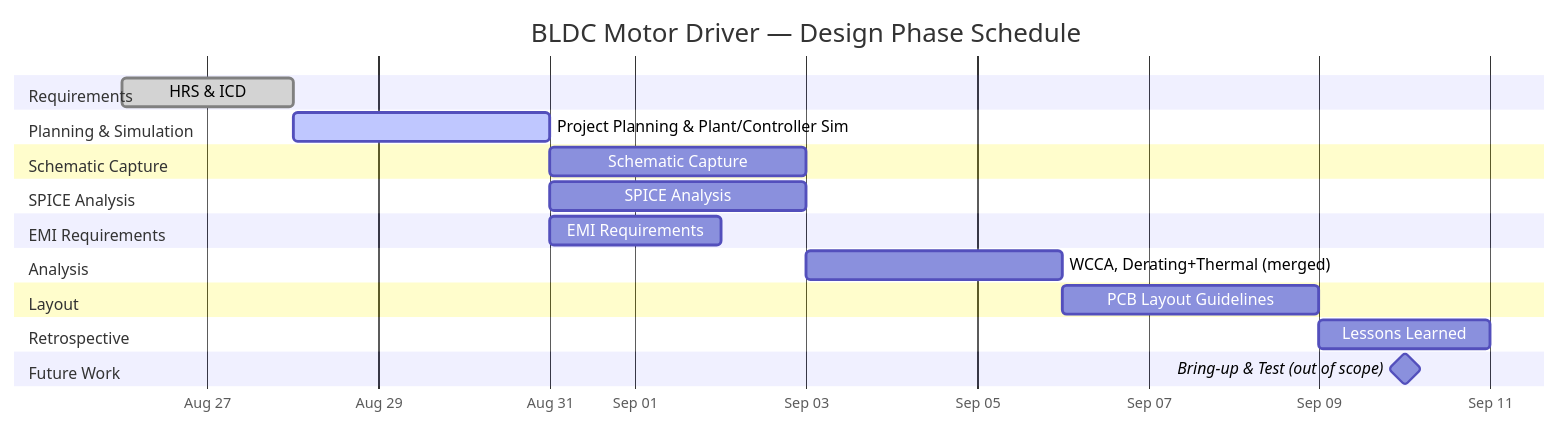
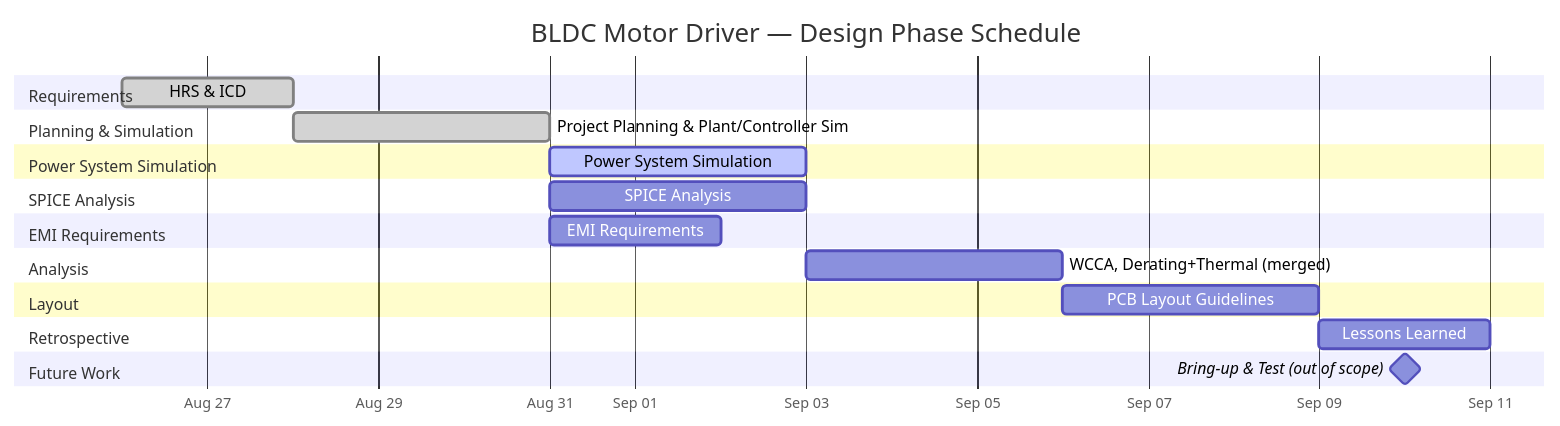
Before and after one commit to ckremer99/bldc-motor-driver: the diagram in README.md, drawn with Mermaid. The commit also changed other lines of this file and 15 other files, not shown here.

````diff
--- a/README.md
+++ b/README.md
@@ -59,34 +59,34 @@
 ```mermaid
 gantt
     title BLDC Motor Driver — Design Phase Schedule
     dateFormat  YYYY-MM-DD
     axisFormat  %b %d
     todayMarker off
 
     section Requirements
     HRS & ICD                          :done, req, 2026-08-26, 2d
 
     section Planning & Simulation
-    Project Planning & Plant/Controller Sim :active, plansim, after req, 3d
+    Project Planning & Plant/Controller Sim :done, plansim, after req, 3d
 
-    section Schematic Capture
-    Schematic Capture                  :schem, after plansim, 3d
+    section Power System Simulation
+    Power System Simulation            :active, schem, after plansim, 3d
 
     section SPICE Analysis
     SPICE Analysis                     :spice, after plansim, 3d
 
     section EMI Requirements
     EMI Requirements                   :emi, after plansim, 2d
 
     section Analysis
     WCCA, Derating+Thermal (merged)    :analysis, after schem spice emi, 3d
 
     section Layout
     PCB Layout Guidelines              :layout, after analysis, 3d
 
     section Retrospective
     Lessons Learned                    :retro, after layout, 2d
 
     section Future Work
     Bring-up & Test (out of scope)     :milestone, future, 2026-09-10, 0d
 ```
````
